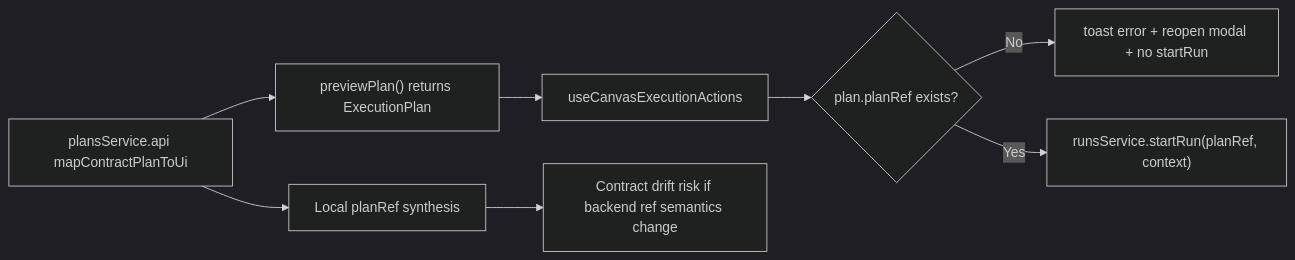
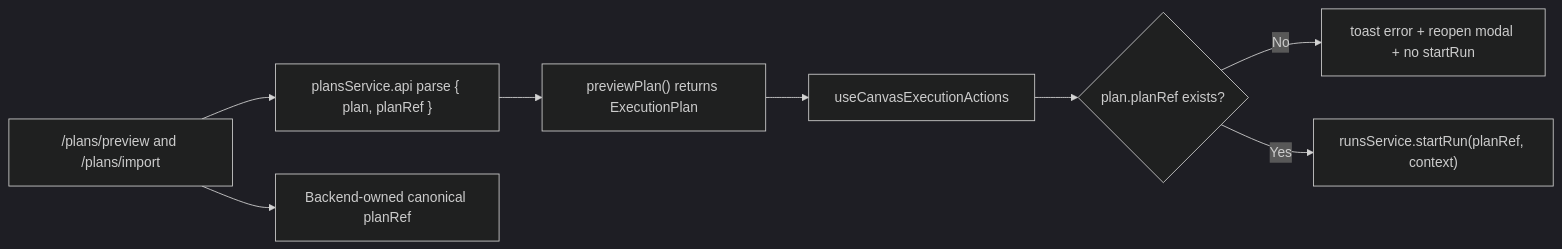
Before and after one commit to dunay2/dvt: the first of 2 diagrams in docs/planning/reviews/architecture-and-governance/20260405-f04-risk-a-hard-qa-review.md, drawn with Mermaid (dark theme). The commit also changed other lines of this file and 13 other files, not shown here.

````diff
--- a/docs/planning/reviews/architecture-and-governance/20260405-f04-risk-a-hard-qa-review.md
+++ b/docs/planning/reviews/architecture-and-governance/20260405-f04-risk-a-hard-qa-review.md
@@ -199,10 +237,10 @@
 ```mermaid
 flowchart LR
   PlanPreview["previewPlan() returns ExecutionPlan"] --> Hook["useCanvasExecutionActions"]
   Hook --> Guard{"plan.planRef exists?"}
   Guard -- No --> Abort["toast error + reopen modal + no startRun"]
   Guard -- Yes --> StartRun["runsService.startRun(planRef, context)"]
-  ApiAdapter["plansService.api mapContractPlanToUi"] --> PlanPreview
-  ApiAdapter --> LocalRef["Local planRef synthesis"]
-  LocalRef --> DriftRisk["Contract drift risk if backend ref semantics change"]
+  ApiAdapter["plansService.api parse { plan, planRef }"] --> PlanPreview
+  ApiRoutes["/plans/preview and /plans/import"] --> ApiAdapter
+  ApiRoutes --> RefTruth["Backend-owned canonical planRef"]
 ```
````
